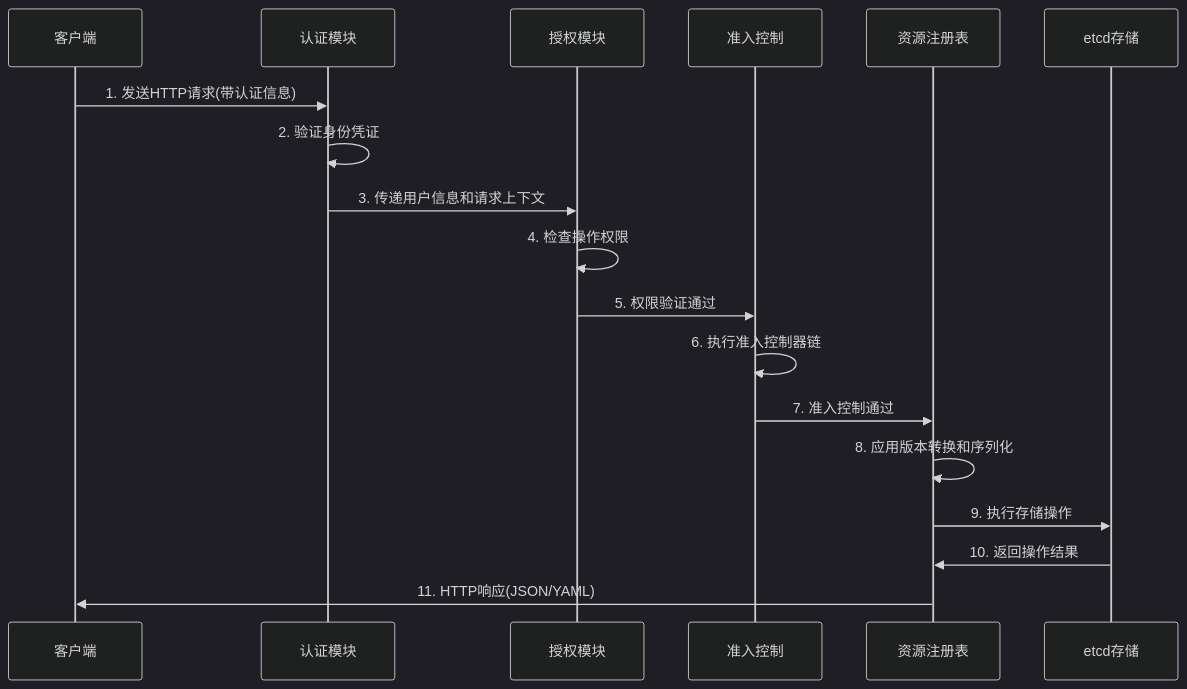
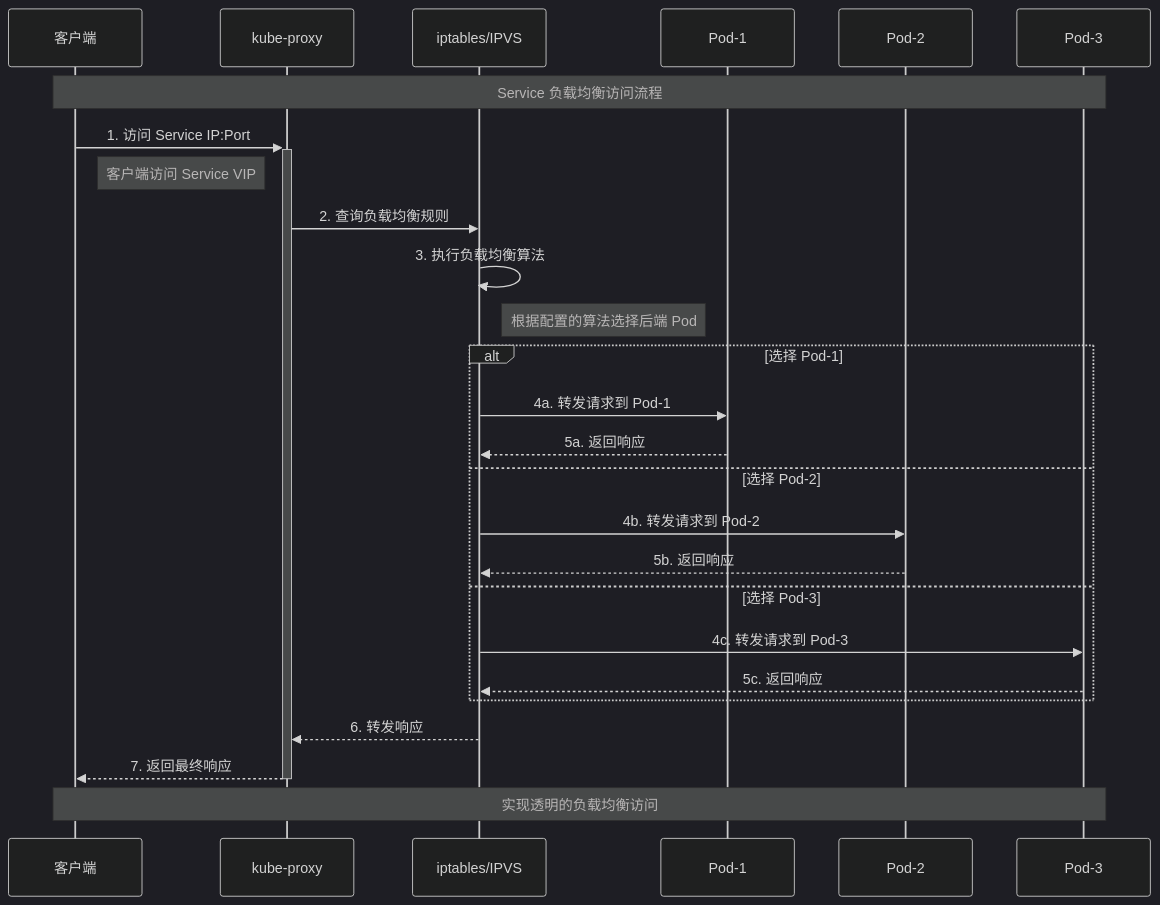
One commit to haoyunlt/myblog changed the third of 6 diagrams in content/posts/kubernetes-complete-analysis.md. Above: the diagram before and after it, drawn with Mermaid (dark theme). The commit also changed other lines of this file and 335 other files, not shown here.

````diff
--- a/content/posts/kubernetes-complete-analysis.md
+++ b/content/posts/kubernetes-complete-analysis.md
@@ -177,21 +199,34 @@
 ```mermaid
 sequenceDiagram
-    participant Client as 客户端
-    participant Auth as 认证模块
-    participant Authz as 授权模块
-    participant Admit as 准入控制
-    participant Registry as 资源注册表
-    participant Etcd as etcd存储
+    participant CLIENT as 客户端
+    participant PROXY as kube-proxy
+    participant IPTABLES as iptables/IPVS
+    participant POD1 as Pod-1
+    participant POD2 as Pod-2
+    participant POD3 as Pod-3
 
-    Client->>Auth: 1. 发送HTTP请求(带认证信息)
-    Auth->>Auth: 2. 验证身份凭证
-    Auth->>Authz: 3. 传递用户信息和请求上下文
-    Authz->>Authz: 4. 检查操作权限
-    Authz->>Admit: 5. 权限验证通过
-    Admit->>Admit: 6. 执行准入控制器链
-    Admit->>Registry: 7. 准入控制通过
-    Registry->>Registry: 8. 应用版本转换和序列化
-    Registry->>Etcd: 9. 执行存储操作
-    Etcd->>Registry: 10. 返回操作结果
-    Registry->>Client: 11. HTTP响应(JSON/YAML)
+    Note over CLIENT,POD3: Service 负载均衡访问流程
+
+    CLIENT->>+PROXY: 1. 访问 Service IP:Port
+    Note right of CLIENT: 客户端访问 Service VIP
+
+    PROXY->>IPTABLES: 2. 查询负载均衡规则
+    IPTABLES->>IPTABLES: 3. 执行负载均衡算法
+    Note right of IPTABLES: 根据配置的算法选择后端 Pod
+
+    alt 选择 Pod-1
+        IPTABLES->>POD1: 4a. 转发请求到 Pod-1
+        POD1-->>IPTABLES: 5a. 返回响应
+    else 选择 Pod-2
+        IPTABLES->>POD2: 4b. 转发请求到 Pod-2
+        POD2-->>IPTABLES: 5b. 返回响应
+    else 选择 Pod-3
+        IPTABLES->>POD3: 4c. 转发请求到 Pod-3
+        POD3-->>IPTABLES: 5c. 返回响应
+    end
+
+    IPTABLES-->>PROXY: 6. 转发响应
+    PROXY-->>-CLIENT: 7. 返回最终响应
+
+    Note over CLIENT,POD3: 实现透明的负载均衡访问
 ```
````
